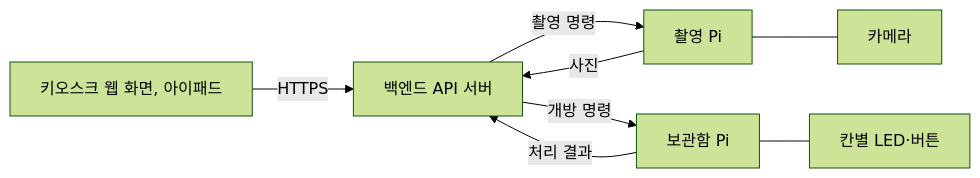
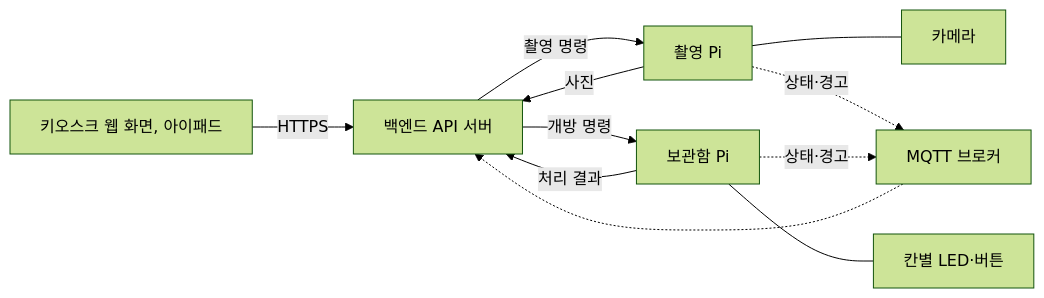
Before and after one commit to CloudAIoT/smart-lost-found: the diagram in raspberry-pi/README.md, drawn with Mermaid (forest theme). The commit also changed other lines of this file and 7 other files, not shown here.

````diff
--- a/raspberry-pi/README.md
+++ b/raspberry-pi/README.md
@@ -34,10 +38,13 @@
 ```mermaid
 flowchart LR
     Screen[키오스크 웹 화면, 아이패드] -->|HTTPS| Backend[백엔드 API 서버]
     Backend -->|촬영 명령| CapturePi[촬영 Pi]
     CapturePi -->|사진| Backend
     Backend -->|개방 명령| LockerPi[보관함 Pi]
     LockerPi -->|처리 결과| Backend
     CapturePi --- Camera[카메라]
     LockerPi --- Locker[칸별 LED·버튼]
+    CapturePi -.->|상태·경고| Broker[MQTT 브로커]
+    LockerPi -.->|상태·경고| Broker
+    Broker -.-> Backend
 ```
````
